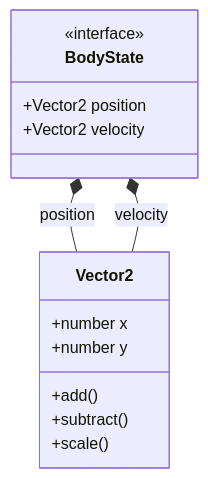
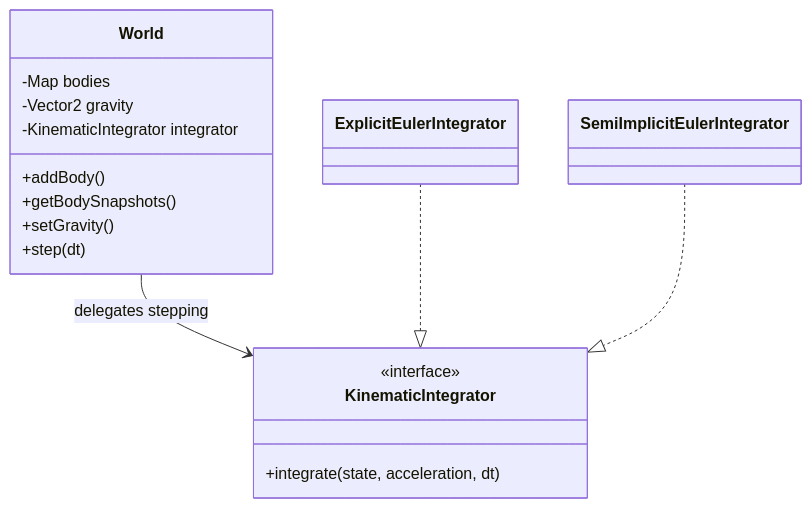
One commit to fa-ribeiro/vLab2D changed the fifth of 11 diagrams in docs/architecture/README.md. Above: the diagram before and after it, drawn with Mermaid. The commit also changed other lines of this file and 4 other files, not shown here.

Commit message:
docs: reconcile phase 2 architecture

````diff
--- a/docs/architecture/README.md
+++ b/docs/architecture/README.md
@@ -418,19 +388,24 @@
 ```mermaid
 classDiagram
-    class Vector2 {
-        +number x
-        +number y
-        +add()
-        +subtract()
-        +scale()
+    class World {
+        -Map bodies
+        -Vector2 gravity
+        -KinematicIntegrator integrator
+        +addBody()
+        +getBodySnapshots()
+        +setGravity()
+        +step(dt)
     }
 
-    class BodyState {
+    class KinematicIntegrator {
         <<interface>>
-        +Vector2 position
-        +Vector2 velocity
+        +integrate(state, acceleration, dt)
     }
 
-    BodyState *-- Vector2 : position
-    BodyState *-- Vector2 : velocity
+    class ExplicitEulerIntegrator
+    class SemiImplicitEulerIntegrator
+
+    World --> KinematicIntegrator : delegates stepping
+    ExplicitEulerIntegrator ..|> KinematicIntegrator
+    SemiImplicitEulerIntegrator ..|> KinematicIntegrator
 ```
````
